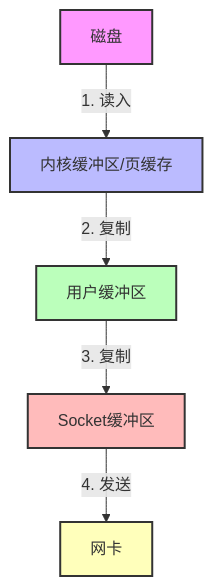
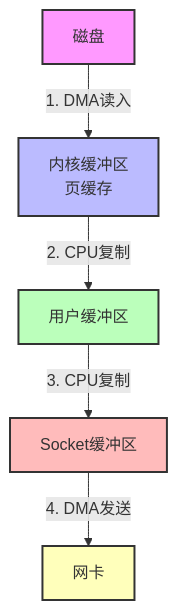
One commit to weiqiangxu/docs changed the fourth of 7 diagrams in posts/linux/零拷贝.md. Above: the diagram before and after it, drawn with Mermaid. The commit also changed other lines of this file and 16 other files, not shown here.

````diff
--- a/posts/linux/零拷贝.md
+++ b/posts/linux/零拷贝.md
@@ -49,13 +71,13 @@
 ```mermaid
-graph TD
-    A[磁盘] -->|1. 读入| B[内核缓冲区/页缓存]
-    B -->|2. 复制| C[用户缓冲区]
-    C -->|3. 复制| D[Socket缓冲区]
-    D -->|4. 发送| E[网卡]
+flowchart TD
+    A[磁盘] -->|1. DMA读入| B[内核缓冲区<br/>页缓存]
+    B -->|2. CPU复制| C[用户缓冲区]
+    C -->|3. CPU复制| D[Socket缓冲区]
+    D -->|4. DMA发送| E[网卡]
     
     style A fill:#f9f,stroke:#333,stroke-width:2px
     style B fill:#bbf,stroke:#333,stroke-width:2px
     style C fill:#bfb,stroke:#333,stroke-width:2px
     style D fill:#fbb,stroke:#333,stroke-width:2px
     style E fill:#ffb,stroke:#333,stroke-width:2px
 ```
````
